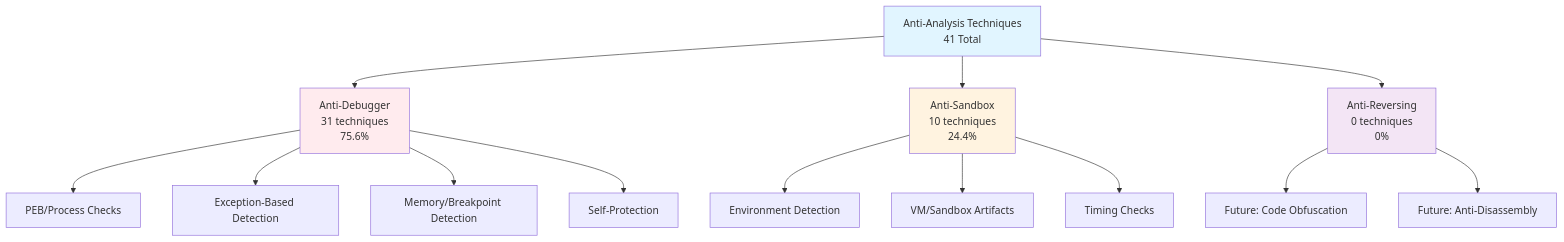
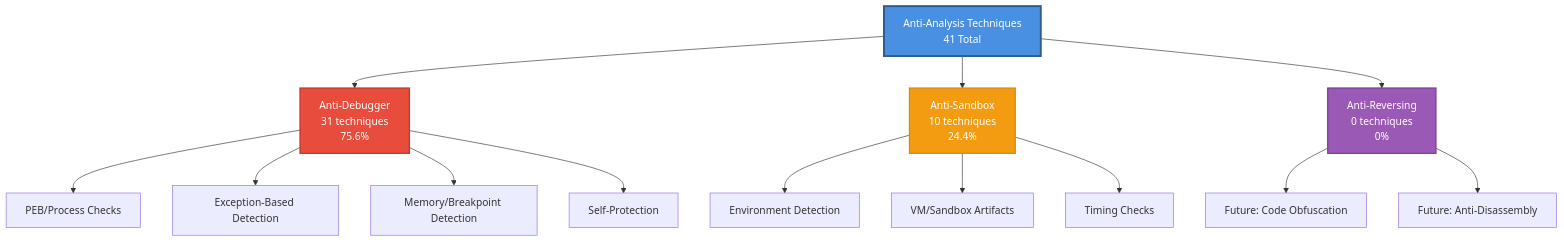
Before and after one commit to mabj/anti: the diagram in README.md, drawn with Mermaid.

````diff
--- a/README.md
+++ b/README.md
@@ -69,23 +69,23 @@
 ```mermaid
 graph TB
     A[Anti-Analysis Techniques<br/>41 Total] --> B[Anti-Debugger<br/>31 techniques<br/>75.6%]
     A --> C[Anti-Sandbox<br/>10 techniques<br/>24.4%]
     A --> D[Anti-Reversing<br/>0 techniques<br/>0%]
 
     B --> B1[PEB/Process Checks]
     B --> B2[Exception-Based Detection]
     B --> B3[Memory/Breakpoint Detection]
     B --> B4[Self-Protection]
 
     C --> C1[Environment Detection]
     C --> C2[VM/Sandbox Artifacts]
     C --> C3[Timing Checks]
 
     D --> D1[Future: Code Obfuscation]
     D --> D2[Future: Anti-Disassembly]
 
-    style A fill:#e1f5ff
-    style B fill:#ffebee
-    style C fill:#fff3e0
-    style D fill:#f3e5f5
+    style A fill:#4A90E2,stroke:#2E5C8A,stroke-width:3px,color:#fff
+    style B fill:#E74C3C,stroke:#C0392B,stroke-width:2px,color:#fff
+    style C fill:#F39C12,stroke:#D68910,stroke-width:2px,color:#fff
+    style D fill:#9B59B6,stroke:#7D3C98,stroke-width:2px,color:#fff
 ```
````
